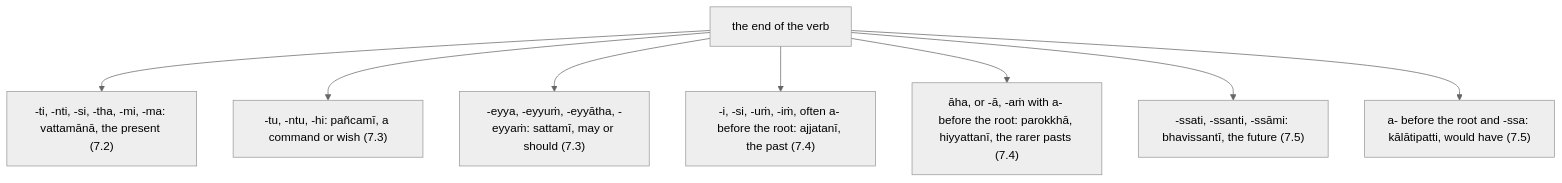
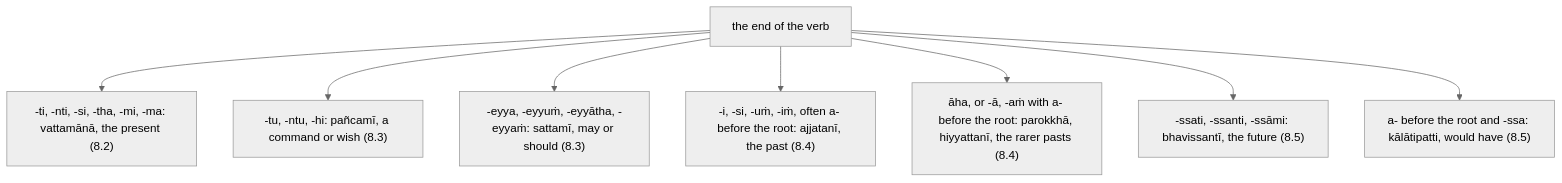
The diagram in src/content/docs/Pali Textbook/8-1-reading-a-verb.md (ChristineTham/buddhavacana), drawn with Mermaid (neutral theme) before and after one commit. The commit also changed other lines of this file and 40 other files, not shown here.

````diff
--- a/src/content/docs/Pali Textbook/8-1-reading-a-verb.md
+++ b/src/content/docs/Pali Textbook/8-1-reading-a-verb.md
@@ -146,10 +147,10 @@
 ```mermaid
 flowchart TD
-  E["the end of the verb"] --> A["-ti, -nti, -si, -tha, -mi, -ma: vattamānā, the present (7.2)"]
-  E --> B["-tu, -ntu, -hi: pañcamī, a command or wish (7.3)"]
-  E --> C["-eyya, -eyyuṁ, -eyyātha, -eyyaṁ: sattamī, may or should (7.3)"]
-  E --> D["-i, -si, -uṁ, -iṁ, often a- before the root: ajjatanī, the past (7.4)"]
-  E --> F["āha, or -ā, -aṁ with a- before the root: parokkhā, hiyyattanī, the rarer pasts (7.4)"]
-  E --> G["-ssati, -ssanti, -ssāmi: bhavissantī, the future (7.5)"]
-  E --> H["a- before the root and -ssa: kālātipatti, would have (7.5)"]
+  E["the end of the verb"] --> A["-ti, -nti, -si, -tha, -mi, -ma: vattamānā, the present (8.2)"]
+  E --> B["-tu, -ntu, -hi: pañcamī, a command or wish (8.3)"]
+  E --> C["-eyya, -eyyuṁ, -eyyātha, -eyyaṁ: sattamī, may or should (8.3)"]
+  E --> D["-i, -si, -uṁ, -iṁ, often a- before the root: ajjatanī, the past (8.4)"]
+  E --> F["āha, or -ā, -aṁ with a- before the root: parokkhā, hiyyattanī, the rarer pasts (8.4)"]
+  E --> G["-ssati, -ssanti, -ssāmi: bhavissantī, the future (8.5)"]
+  E --> H["a- before the root and -ssa: kālātipatti, would have (8.5)"]
 ```
````
